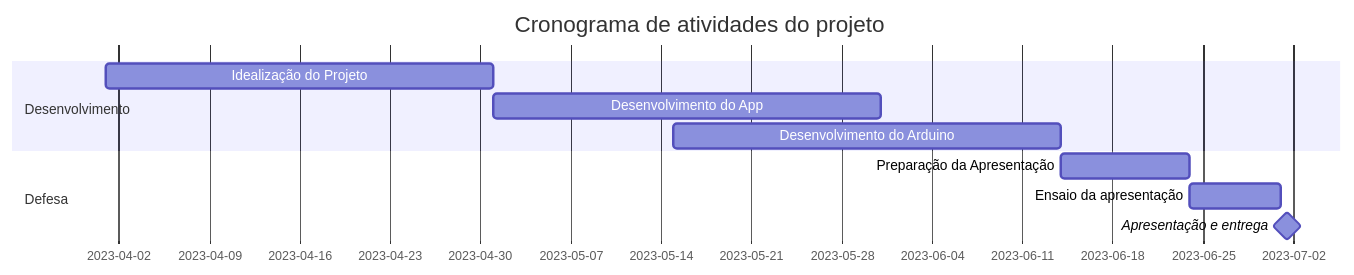
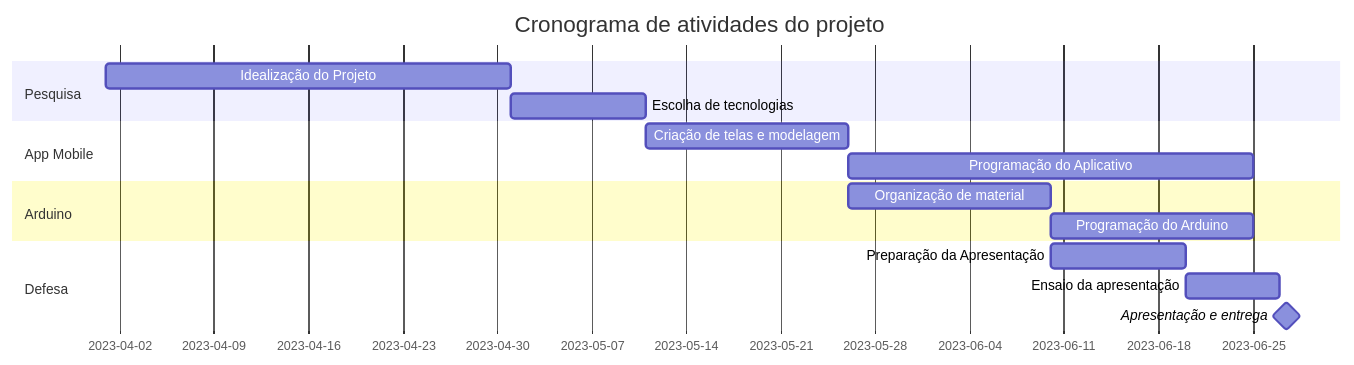
One commit to JVictor1012/Plant-Care-Projeto-Integrador changed the diagram in README.md. Above: the diagram before and after it, drawn with Mermaid. The commit also changed other lines of this file, not shown here.

````diff
--- a/README.md
+++ b/README.md
@@ -9,18 +13,22 @@
 ```mermaid
     gantt
     title Cronograma de atividades do projeto
     dateFormat  YYYY-MM-DD
-    section Desenvolvimento 
+    section Pesquisa 
     Idealização do Projeto      :a1, 2023-04-01, 30d
-    Desenvolvimento do App      :a2, after a1  , 30d
-    Desenvolvimento do Arduino  :a3, 2023-05-15 , 30d
+    Escolha de tecnologias      :a2, after a1, 10d
     
+    section App Mobile
+    Criação de telas e modelagem      :b1, after a2 , 15d
+    Programação do Aplicativo         :b2, after b1 , 30d
     
-    
-  
+    section Arduino
+    Organização de material         :c1, after b1, 15d
+    Programação do Arduino          :c2, after c1, 15d
+
     
     section Defesa
-    Preparação da Apresentação :p1, after a3, 10d
+    Preparação da Apresentação :p1, after c1, 10d
     Ensaio da apresentação :p2, after p1, 7d
     Apresentação e entrega  :milestone, after p2, 1d
 ```
````
